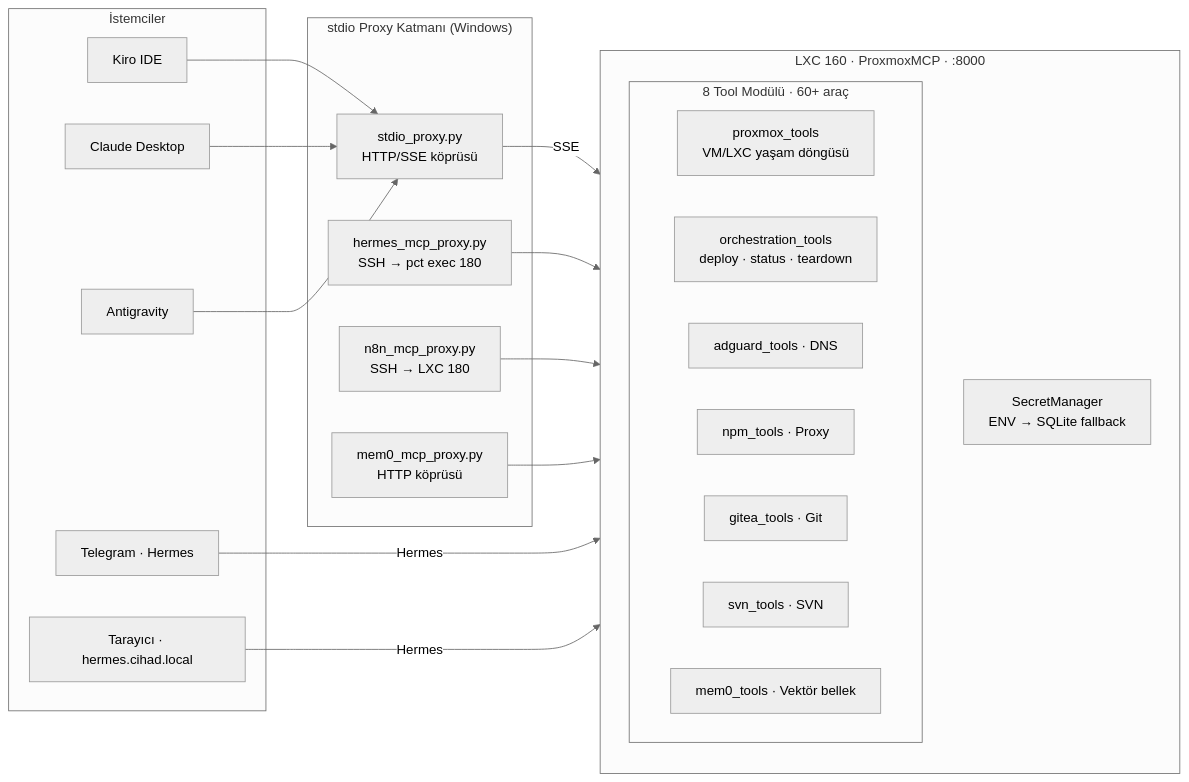
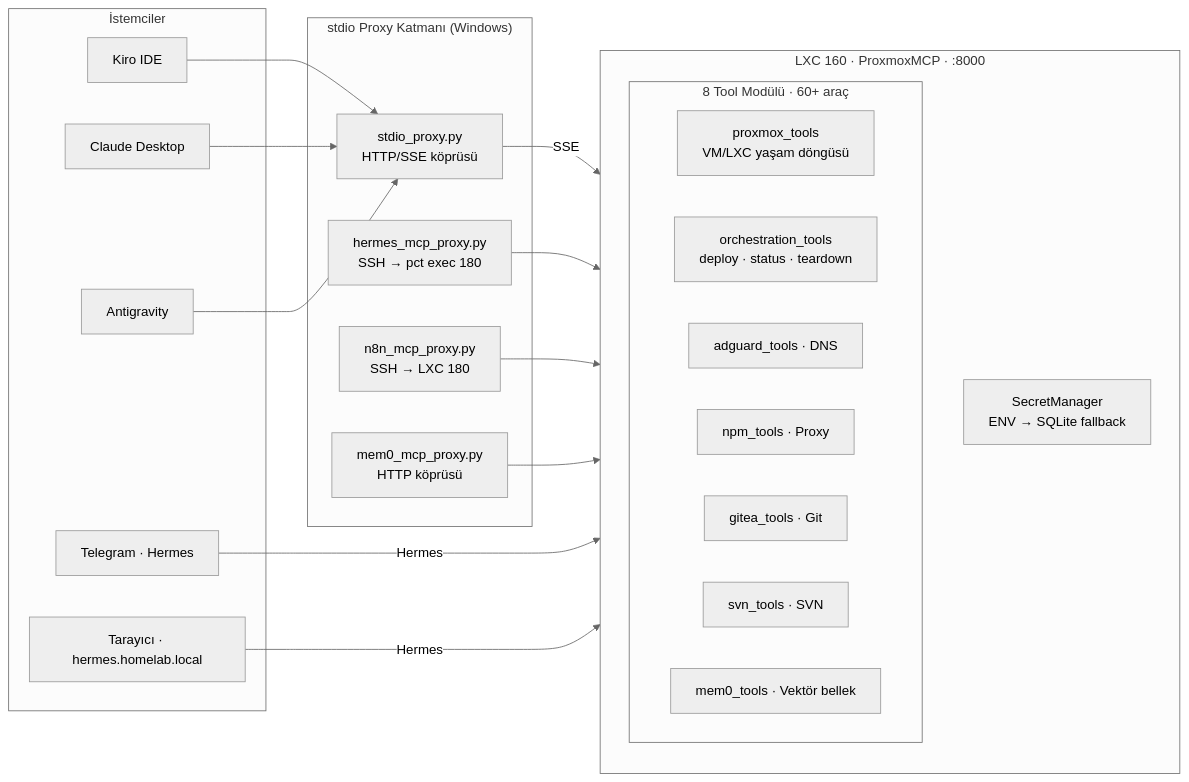
One commit to cihadkocasahan/ProxmoxHomeLab changed the second of 16 diagrams in DETAILS.md. Above: the diagram before and after it, drawn with Mermaid (neutral theme). The commit also changed other lines of this file and 5 other files, not shown here.

Commit message:
refactor(docs): anonymize host environment to MyEnv and local domain to homelab.local

````diff
--- a/DETAILS.md
+++ b/DETAILS.md
@@ -72,34 +72,34 @@
 ```mermaid
 graph LR
     subgraph CLIENTS["İstemciler"]
         KIRO["Kiro IDE"]
         CLAUDE["Claude Desktop"]
         AG2["Antigravity"]
         TG["Telegram · Hermes"]
-        BR["Tarayıcı · hermes.cihad.local"]
+        BR["Tarayıcı · hermes.homelab.local"]
     end
 
     subgraph PROXY["stdio Proxy Katmanı (Windows)"]
         P1["stdio_proxy.py\nHTTP/SSE köprüsü"]
         P2["hermes_mcp_proxy.py\nSSH → pct exec 180"]
         P3["n8n_mcp_proxy.py\nSSH → LXC 180"]
         P4["mem0_mcp_proxy.py\nHTTP köprüsü"]
     end
 
     subgraph LXC160["LXC 160 · ProxmoxMCP · :8000"]
         SM["SecretManager\nENV → SQLite fallback"]
         subgraph TOOLS["8 Tool Modülü · 60+ araç"]
             T1["proxmox_tools\nVM/LXC yaşam döngüsü"]
             T2["orchestration_tools\ndeploy · status · teardown"]
             T3["adguard_tools · DNS"]
             T4["npm_tools · Proxy"]
             T5["gitea_tools · Git"]
             T6["svn_tools · SVN"]
             T7["mem0_tools · Vektör bellek"]
         end
     end
 
     KIRO & CLAUDE & AG2 --> P1 -->|SSE| LXC160
     P2 & P3 & P4 --> LXC160
     TG & BR -->|Hermes| LXC160
 ```
````
